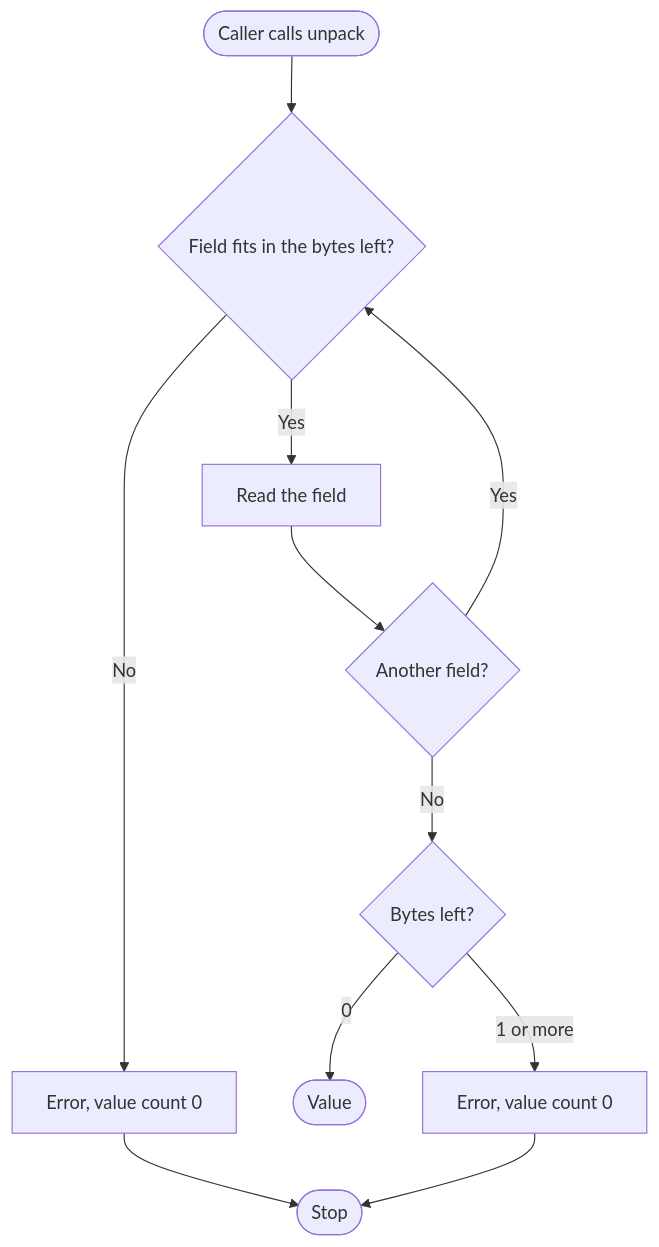
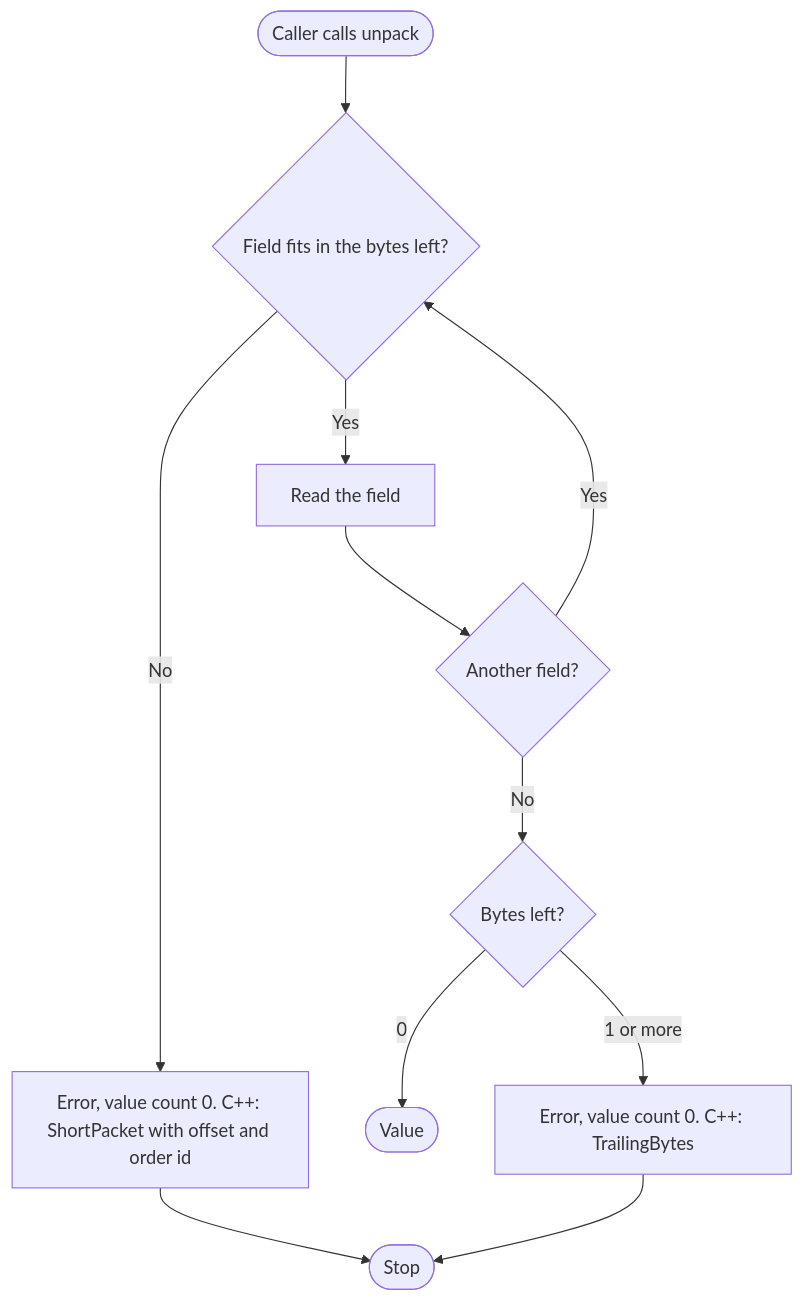
One commit to zxsanny/packbin changed the fourth of 6 diagrams in _docs/02_document/system-flows.md. Above: the diagram before and after it, drawn with Mermaid. The commit also changed other lines of this file and 26 other files, not shown here.

````diff
--- a/_docs/02_document/system-flows.md
+++ b/_docs/02_document/system-flows.md
@@ -95,13 +96,13 @@
 ```mermaid
 flowchart TD
     Start([Caller calls unpack]) --> Enough{Field fits in the bytes left?}
     Enough -->|Yes| Next[Read the field]
-    Enough -->|No| Short[Error, value count 0]
+    Enough -->|No| Short[Error, value count 0. C++: ShortPacket with offset and order id]
     Next --> More{Another field?}
     More -->|Yes| Enough
     More -->|No| Tail{Bytes left?}
     Tail -->|0| Ok([Value])
-    Tail -->|1 or more| Trail[Error, value count 0]
+    Tail -->|1 or more| Trail[Error, value count 0. C++: TrailingBytes]
     Short --> EndNode([Stop])
     Trail --> EndNode
 ```
````
